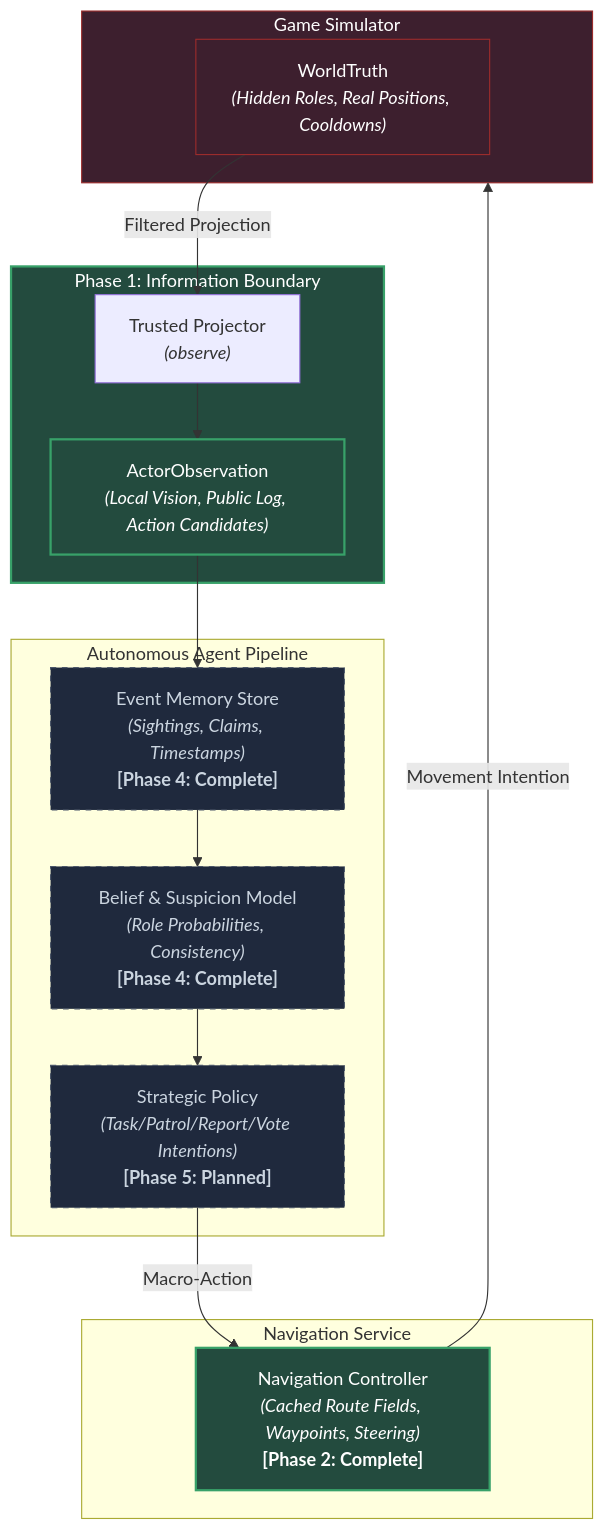
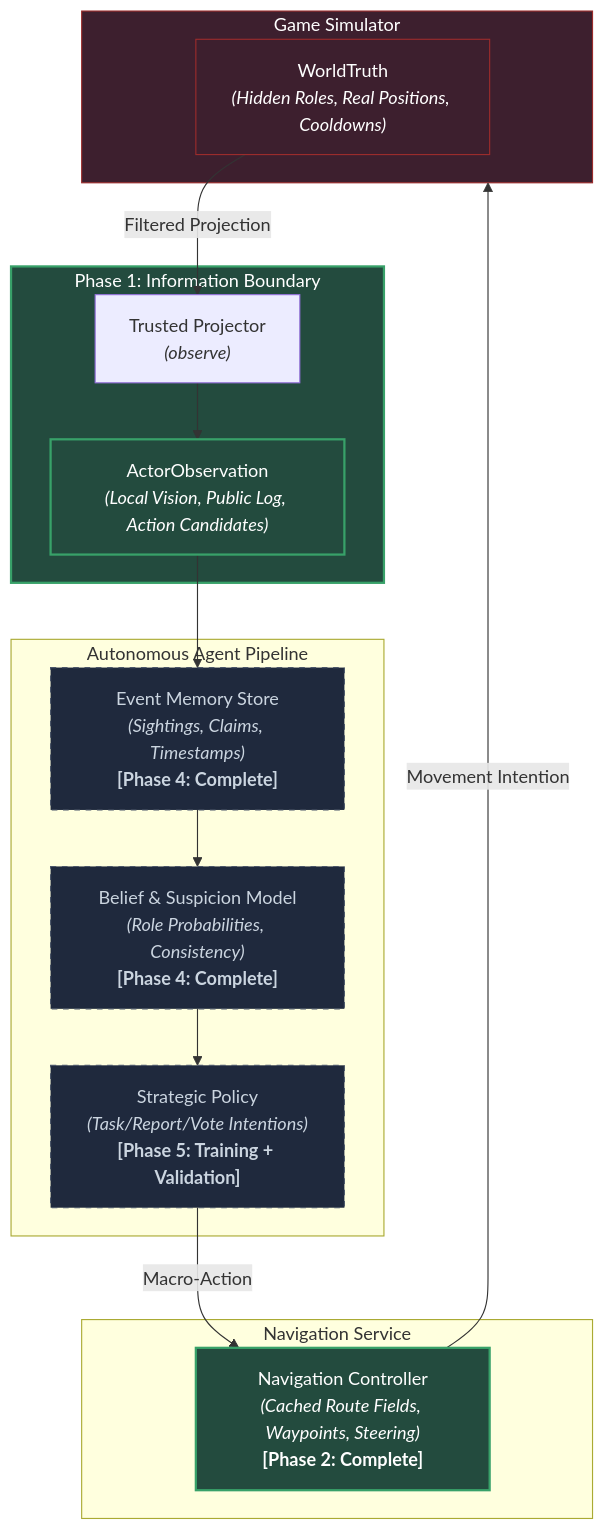
One commit to Hadisovic/social-deduction-ai changed the diagram in README.md. Above: the diagram before and after it, drawn with Mermaid. The commit also changed other lines of this file and 345 other files, not shown here.

Commit message:
Complete Phase 5 strategic policy study and evaluation website

````diff
--- a/README.md
+++ b/README.md
@@ -116,37 +161,37 @@
 ```mermaid
 flowchart TD
     subgraph Sim [Game Simulator]
         WT["WorldTruth<br/><i>(Hidden Roles, Real Positions, Cooldowns)</i>"]
     end
 
     subgraph Boundary [Phase 1: Information Boundary]
         PROJ["Trusted Projector<br/><i>(observe)</i>"]
         AO["ActorObservation<br/><i>(Local Vision, Public Log, Action Candidates)</i>"]
     end
 
     subgraph Agent [Autonomous Agent Pipeline]
         MEM["Event Memory Store<br/><i>(Sightings, Claims, Timestamps)</i><br/><b>[Phase 4: Complete]</b>"]
         BELIEF["Belief & Suspicion Model<br/><i>(Role Probabilities, Consistency)</i><br/><b>[Phase 4: Complete]</b>"]
-        POL["Strategic Policy<br/><i>(Task/Patrol/Report/Vote Intentions)</i><br/><b>[Phase 5: Planned]</b>"]
+        POL["Strategic Policy<br/><i>(Task/Report/Vote Intentions)</i><br/><b>[Phase 5: Training + Validation]</b>"]
     end
 
     subgraph Service [Navigation Service]
         NAV["Navigation Controller<br/><i>(Cached Route Fields, Waypoints, Steering)</i><br/><b>[Phase 2: Complete]</b>"]
     end
 
     WT -->|Filtered Projection| PROJ
     PROJ --> AO
     AO --> MEM
     MEM --> BELIEF
     BELIEF --> POL
     POL -->|Macro-Action| NAV
     NAV -->|Movement Intention| Sim
 
     classDef built fill:#234b3e,stroke:#38a169,stroke-width:2px,color:#fff;
     classDef planned fill:#1f293d,stroke:#4a5568,stroke-width:1px,stroke-dasharray: 5 5,color:#cbd5e0;
     classDef sim fill:#3d1f2e,stroke:#9b2c2c,stroke-width:1px,color:#fff;
 
     class Boundary,AO,NAV built;
     class MEM,BELIEF,POL planned;
     class Sim,WT sim;
 ```
````
